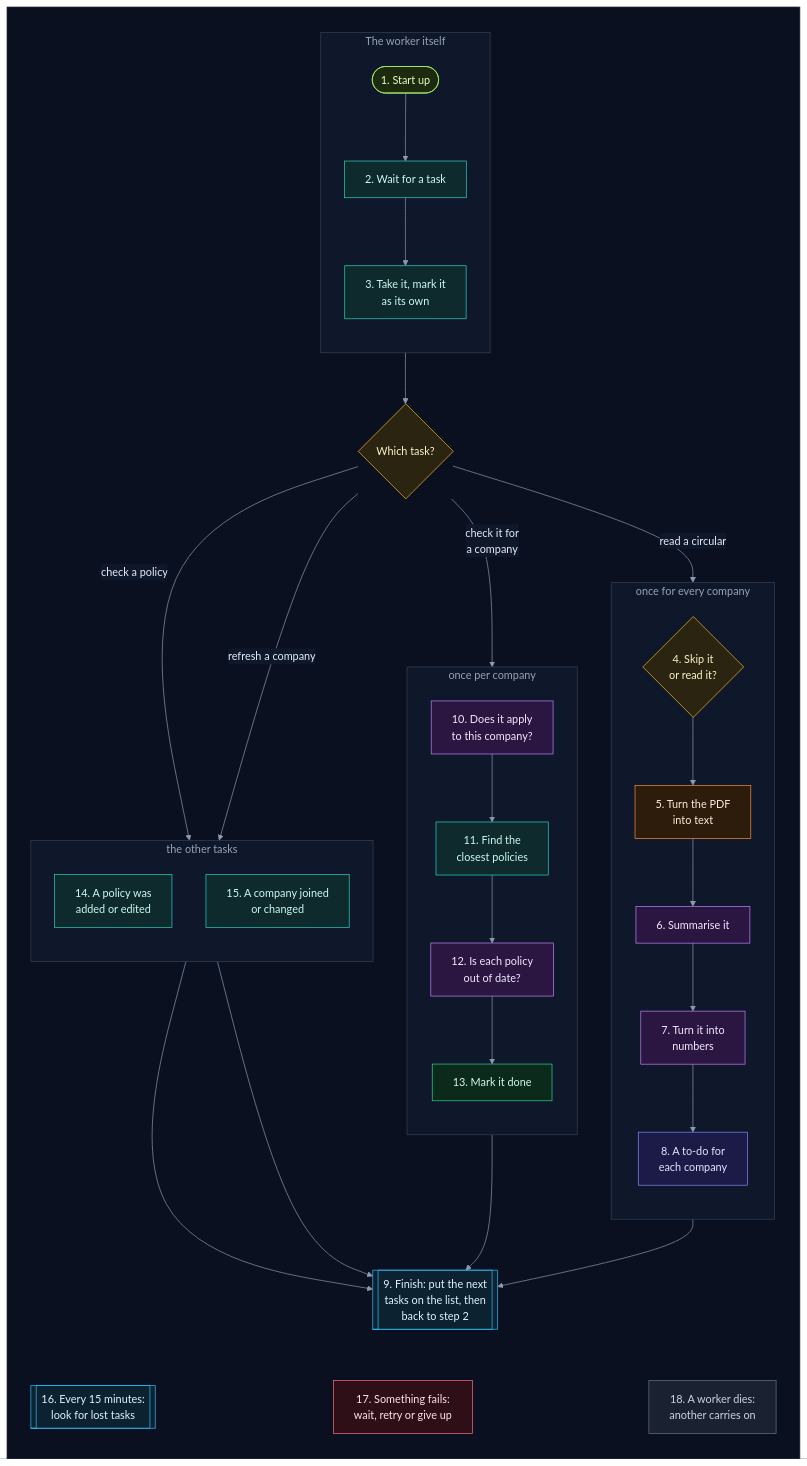
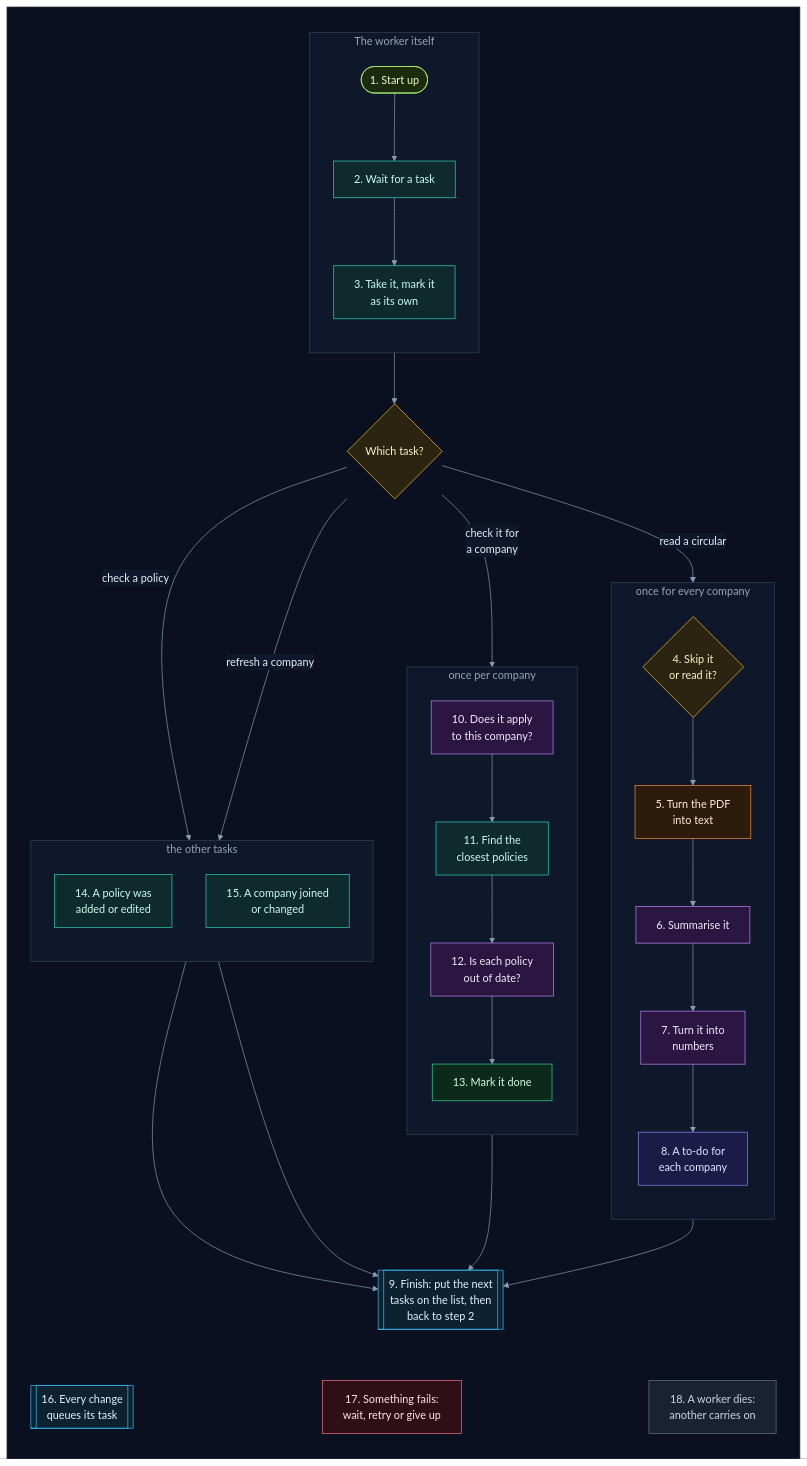
Before and after one commit to selvakumarperumal/Regulatory_Circular_Impact_Agent: the second of 44 diagrams in backend/worker/INTERNALS.md, drawn with Mermaid. The commit also changed other lines of this file and 7 other files, not shown here.

````diff
--- a/backend/worker/INTERNALS.md
+++ b/backend/worker/INTERNALS.md
@@ -120,71 +120,71 @@
 ```mermaid
 %%{init: {"theme": "base", "flowchart": {"diagramPadding": 0}, "themeVariables": {"darkMode": true, "primaryColor": "#16213a", "primaryTextColor": "#e6edf7", "primaryBorderColor": "#475a7a", "lineColor": "#8b9bb4", "secondaryColor": "#1b2436", "tertiaryColor": "#101a2e", "edgeLabelBackground": "#0f172a", "textColor": "#e2e8f0", "clusterBkg": "#0f1728", "clusterBorder": "#2b3a55", "titleColor": "#c4b5fd", "nodeTextColor": "#e6edf7"}}}%%
 flowchart TD
     subgraph canvas[" "]
         direction TB
         subgraph loop["The worker itself"]
             direction TB
             s1(["1. Start up"]) --> s2["2. Wait for a task"]
             s2 --> s3["3. Take it, mark it<br/>as its own"]
         end
         s3 --> kind{"Which task?"}
         subgraph read["once for every company"]
             direction TB
             s4{"4. Skip it<br/>or read it?"} --> s5["5. Turn the PDF<br/>into text"]
             s5 --> s6["6. Summarise it"]
             s6 --> s7["7. Turn it into<br/>numbers"]
             s7 --> s8["8. A to-do for<br/>each company"]
         end
         subgraph judge["once per company"]
             direction TB
             s10["10. Does it apply<br/>to this company?"] --> s11["11. Find the<br/>closest policies"]
             s11 --> s12["12. Is each policy<br/>out of date?"]
             s12 --> s13["13. Mark it done"]
         end
         subgraph other["the other tasks"]
             direction TB
             s14["14. A policy was<br/>added or edited"]
             s15["15. A company joined<br/>or changed"]
         end
         kind -->|"read a circular"| s4
         kind -->|"check it for<br/>a company"| s10
         kind -->|"check a policy"| s14
         kind -->|"refresh a company"| s15
         s8 --> s9
         s13 --> s9
         s14 --> s9
         s15 --> s9
         s9[["9. Finish: put the next<br/>tasks on the list, then<br/>back to step 2"]]
-        s16[["16. Every 15 minutes:<br/>look for lost tasks"]]
+        s16[["16. Every change<br/>queues its task"]]
         s17["17. Something fails:<br/>wait, retry or give up"]
         s18["18. A worker dies:<br/>another carries on"]
         s9 ~~~ s16
         s9 ~~~ s17
         s9 ~~~ s18
     end
     classDef svc fill:#0e2a2c,stroke:#2dd4bf,color:#ccfbf1
     classDef data fill:#1c1a47,stroke:#818cf8,color:#e0e7ff
     classDef ext fill:#2a1640,stroke:#c084fc,color:#f3e8ff
     classDef gpu fill:#2d1b0c,stroke:#fb923c,color:#ffedd5
     classDef ask fill:#2a2410,stroke:#fbbf24,color:#fef3c7
     classDef ok fill:#0b2a1c,stroke:#34d399,color:#d1fae5
     classDef bad fill:#2e0f17,stroke:#fb7185,color:#ffe4e6
     classDef start fill:#1c2a0e,stroke:#a7ef6f,color:#ecfccb
     classDef muted fill:#1a2130,stroke:#64748b,color:#cbd5e1
     classDef queue fill:#0c2231,stroke:#38bdf8,color:#e0f2fe
     class s1 start
     class s2,s3,s11,s14,s15 svc
     class kind,s4 ask
     class s5 gpu
     class s6,s7,s10,s12 ext
     class s8 data
     class s13 ok
     class s9,s16 queue
     class s17 bad
     class s18 muted
     style loop fill:#0f172a,stroke:#334155,color:#94a3b8
     style read fill:#0f172a,stroke:#334155,color:#94a3b8
     style judge fill:#0f172a,stroke:#334155,color:#94a3b8
     style other fill:#0f172a,stroke:#334155,color:#94a3b8
     style canvas fill:#0b1020,stroke:#1e293b,color:#0b1020
 ```
````
